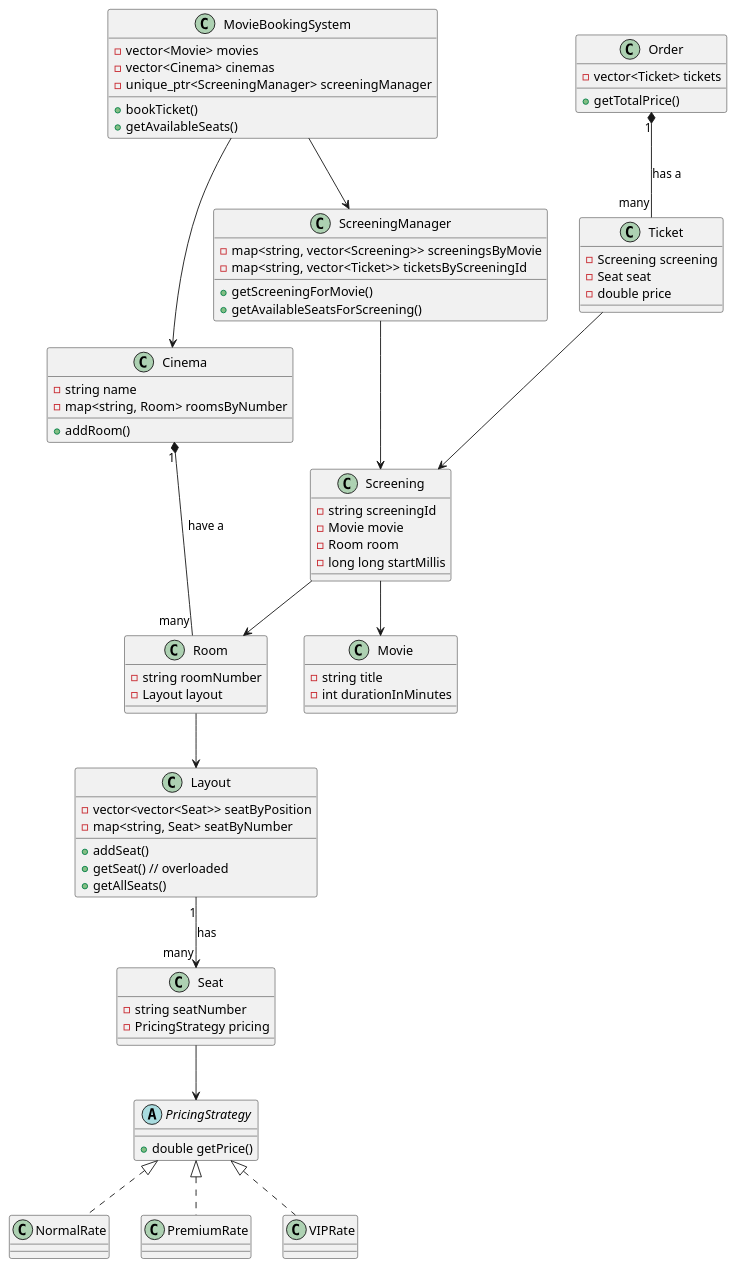
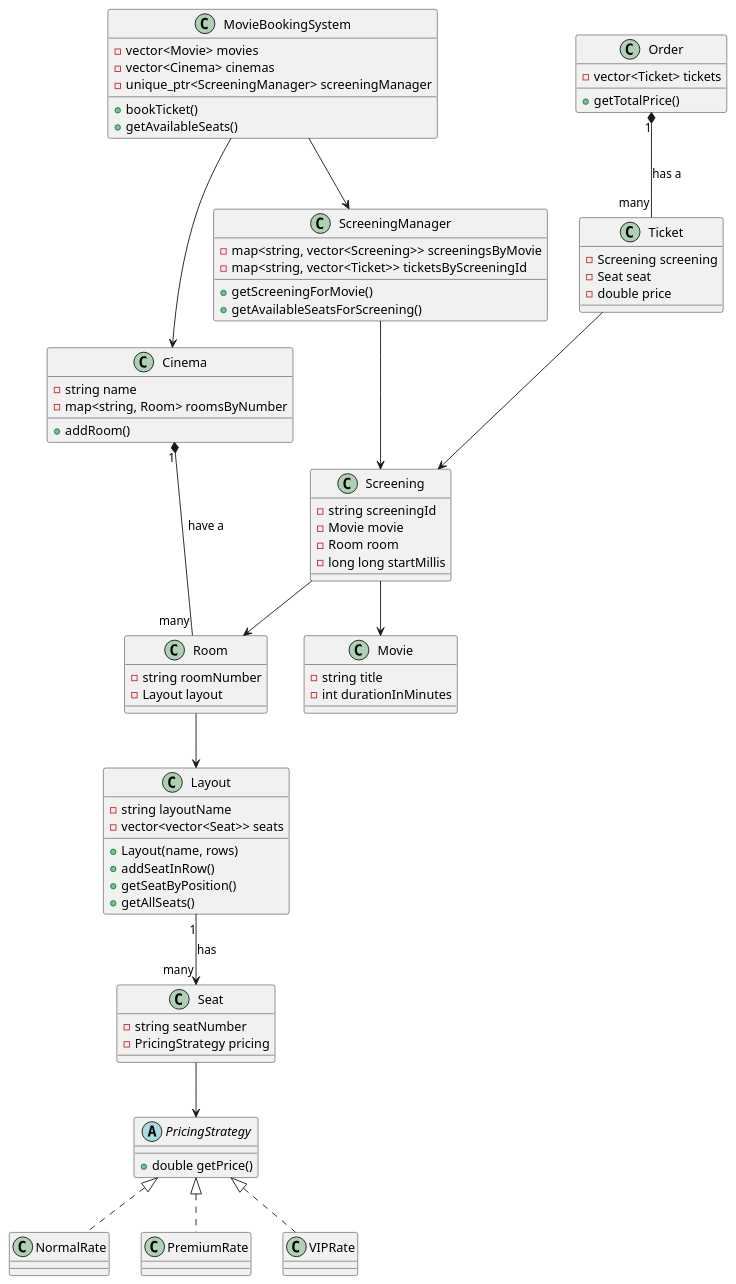
One commit to zanymarconi/cp4 changed the diagram in dllgbb/moviebook/mbclassdiag.iuml. Above: the diagram before and after it, drawn with PlantUML. The commit also changed 3 other files, not shown here.

```diff
--- a/dllgbb/moviebook/mbclassdiag.iuml
+++ b/dllgbb/moviebook/mbclassdiag.iuml
@@ -1,81 +1,82 @@
 @startuml
 class MovieBookingSystem {
     - vector<Movie> movies
     - vector<Cinema> cinemas
     - unique_ptr<ScreeningManager> screeningManager
     + bookTicket()
     + getAvailableSeats()
 }
 MovieBookingSystem --> ScreeningManager
 MovieBookingSystem --> Cinema
 
 class Order {
     - vector<Ticket> tickets
     + getTotalPrice()
 }
 Order "1" *-- "many" Ticket: has a
 
 class ScreeningManager {
     - map<string, vector<Screening>> screeningsByMovie
     - map<string, vector<Ticket>> ticketsByScreeningId
     + getScreeningForMovie()
     + getAvailableSeatsForScreening()
 }
 ScreeningManager --> Screening
 
 class Ticket {
     - Screening screening
     - Seat seat
     - double price
 }
 Ticket --> Screening
 
 class Cinema {
     - string name
     - map<string, Room> roomsByNumber
     + addRoom()
 }
 Cinema "1" *-- "many" Room: have a
 
 class Screening {
     - string screeningId
     - Movie movie
     - Room room
     - long long startMillis
 }
 Screening --> Movie
 Screening --> Room
 
 class Movie {
     - string title
     - int durationInMinutes
 }
 
 class Room {
     - string roomNumber
     - Layout layout
 }
 Room --> Layout
 
 class Layout {
-    - vector<vector<Seat>> seatByPosition
-    - map<string, Seat> seatByNumber
-    + addSeat()
-    + getSeat() // overloaded
+    - string layoutName
+    - vector<vector<Seat>> seats
+    + Layout(name, rows)
+    + addSeatInRow()
+    + getSeatByPosition()
     + getAllSeats()
 }
 Layout "1" --> "many" Seat: has
 
 class Seat {
     - string seatNumber
     - PricingStrategy pricing
 }
 Seat --> PricingStrategy
 
 abstract PricingStrategy {
     + double getPrice()
 }
 class NormalRate implements PricingStrategy
 class PremiumRate implements PricingStrategy
 class VIPRate implements PricingStrategy
 @enduml
```
